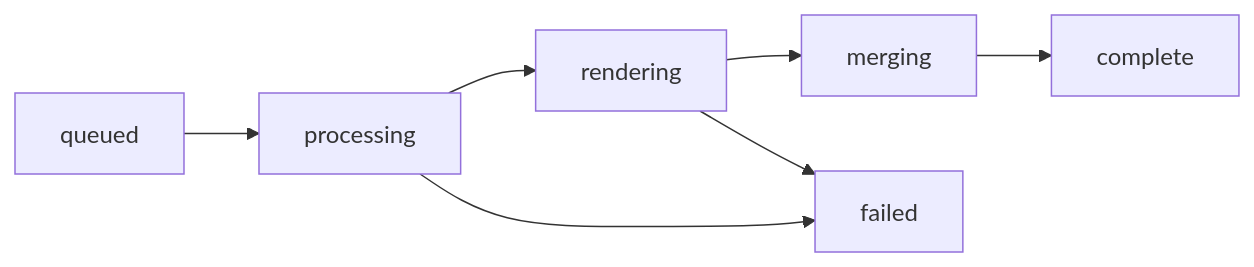
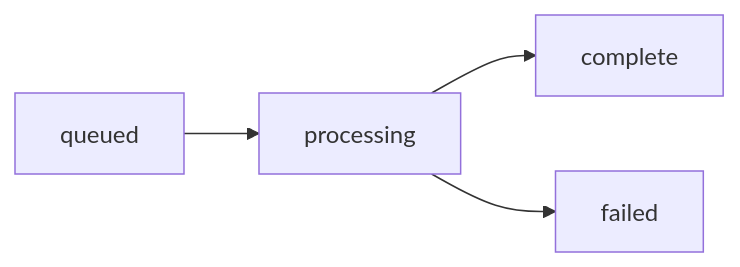
One commit to petrpan26/docs changed the diagram in api-reference/render/overview.mdx. Above: the diagram before and after it, drawn with Mermaid. The commit also changed other lines of this file and 4 other files, not shown here.

````diff
--- a/api-reference/render/overview.mdx
+++ b/api-reference/render/overview.mdx
@@ -13,9 +13,6 @@
 ```mermaid
 graph LR
     A[queued] --> B[processing]
-    B --> C[rendering]
-    C --> D[merging]
-    D --> E[complete]
-    C --> F[failed]
-    B --> F
+    B --> C[complete]
+    B --> D[failed]
 ```
````
